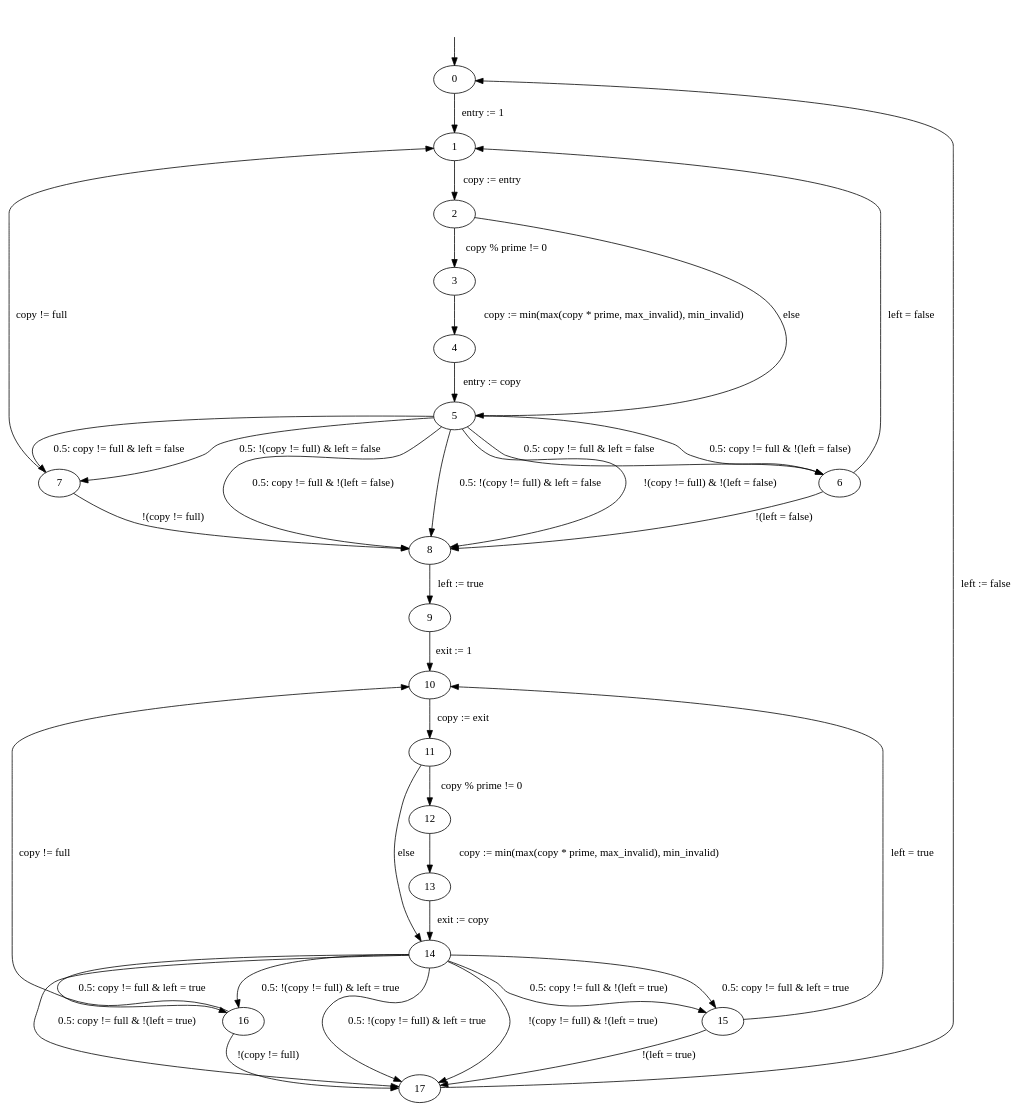
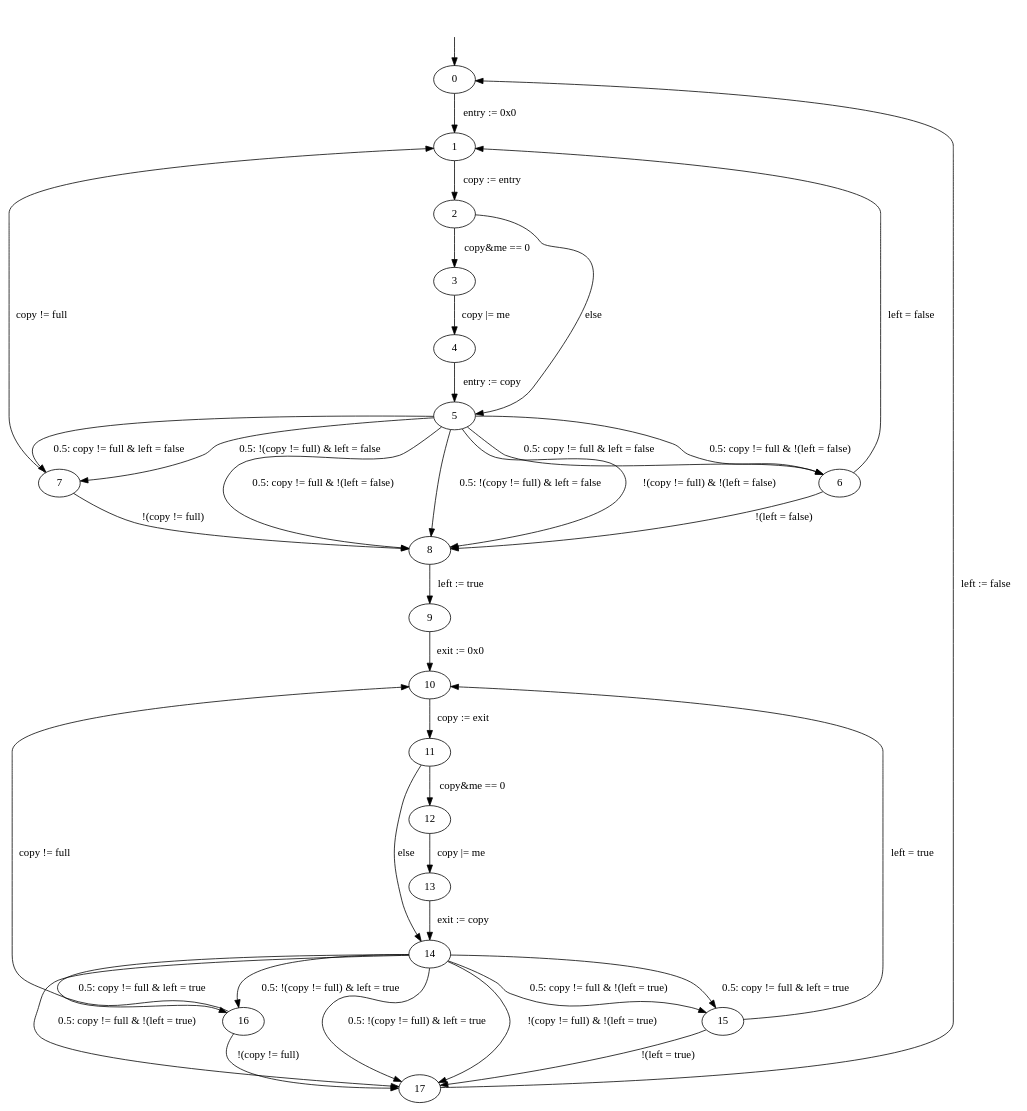
One commit to hydroo/minor-thesis-barriers changed the diagram in barrier-attempt/model-01/model.dot. Above: the diagram before and after it, drawn with Graphviz. The commit also changed 3 other files, not shown here.

```diff
--- a/barrier-attempt/model-01/model.dot
+++ b/barrier-attempt/model-01/model.dot
@@ -1,48 +1,48 @@
 digraph {
 
 	initial_state_source [style=invis]
 	initial_state_source -> "0"
 
-	"0"  -> "1"  [weight=100, label="entry := 1"]
-	"1"  -> "2"  [weight=100, label="copy := entry"]
+	"0"  -> "1"  [weight=10, label="entry := 0x0"]
+	"1"  -> "2"  [weight=10, label="copy := entry"]
 
-	"2"  -> "3"  [weight=100, label="copy % prime != 0"]
-	"3"  -> "4"  [weight=100, label="copy := min(max(copy * prime, max_invalid), min_invalid)"]
-	"4"  -> "5"  [weight=100, label="entry := copy"]
+	"2"  -> "3"  [weight=10, label="copy&me == 0"]
+	"3"  -> "4"  [weight=10, label="copy |= me"]
+	"4"  -> "5"  [weight=10, label="entry := copy"]
 	"2"  -> "5"  [label="else"]
 
 	"5"  -> "6"  [label="0.5: copy != full & left = false"]
 	"5"  -> "6"  [label="0.5: copy != full & !(left = false)"]
 	"5"  -> "8"  [label="0.5: copy != full & !(left = false)"]
 	"5"  -> "7"  [label="0.5: copy != full & left = false"]
 	"5"  -> "7"  [label="0.5: !(copy != full) & left = false"]
 	"5"  -> "8"  [label="0.5: !(copy != full) & left = false"]
 	"6"  -> "1"  [label="left = false"]
 	"6"  -> "8"  [label="!(left = false)"]
 	"7"  -> "1"  [label="copy != full"]
 	"7"  -> "8"  [label="!(copy != full)"]
 	"5"  -> "8"  [label="!(copy != full) & !(left = false)"]
 
-	"8"  -> "9"  [weight=100, label="left := true"]
-	"9"  -> "10" [weight=100, label="exit := 1"]
+	"8"  -> "9"  [weight=10, label="left := true"]
+	"9"  -> "10" [weight=10, label="exit := 0x0"]
 
-	"10" -> "11" [weight=100, label="copy := exit"]
-	"11" -> "12" [weight=100, label="copy % prime != 0"]
-	"12" -> "13" [weight=100, label="copy := min(max(copy * prime, max_invalid), min_invalid)"]
-	"13" -> "14" [weight=100, label="exit := copy"]
+	"10" -> "11" [weight=10, label="copy := exit"]
+	"11" -> "12" [weight=10, label="copy&me == 0"]
+	"12" -> "13" [weight=10, label="copy |= me"]
+	"13" -> "14" [weight=10, label="exit := copy"]
 	"11" -> "14" [label="else"]
 
 	"14" -> "15" [label="0.5: copy != full & left = true"]
 	"14" -> "15" [label="0.5: copy != full & !(left = true)"]
 	"14" -> "17" [label="0.5: copy != full & !(left = true)"]
 	"14" -> "16" [label="0.5: copy != full & left = true"]
 	"14" -> "16" [label="0.5: !(copy != full) & left = true"]
 	"14" -> "17" [label="0.5: !(copy != full) & left = true"]
 	"15" -> "10" [label="left = true"]
 	"15" -> "17" [label="!(left = true)"]
 	"16" -> "10" [label="copy != full"]
 	"16" -> "17" [label="!(copy != full)"]
 	"14" -> "17" [label="!(copy != full) & !(left = true)"]
 
 	"17" -> "0"  [label="left := false"]
 }
```
